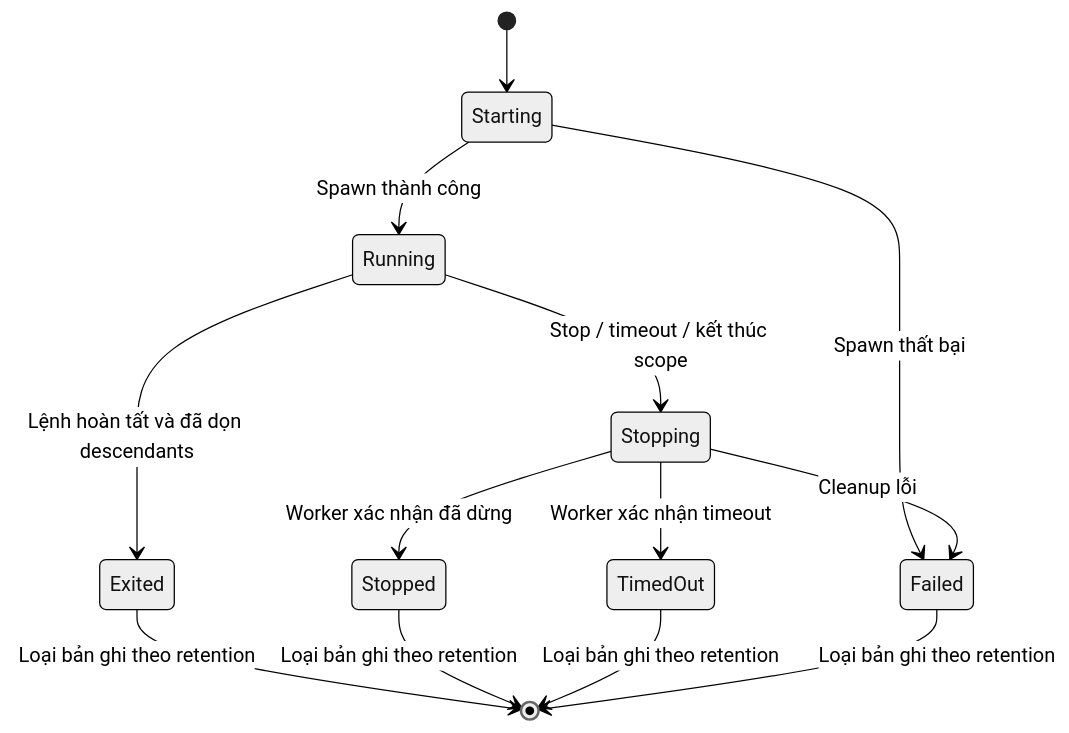
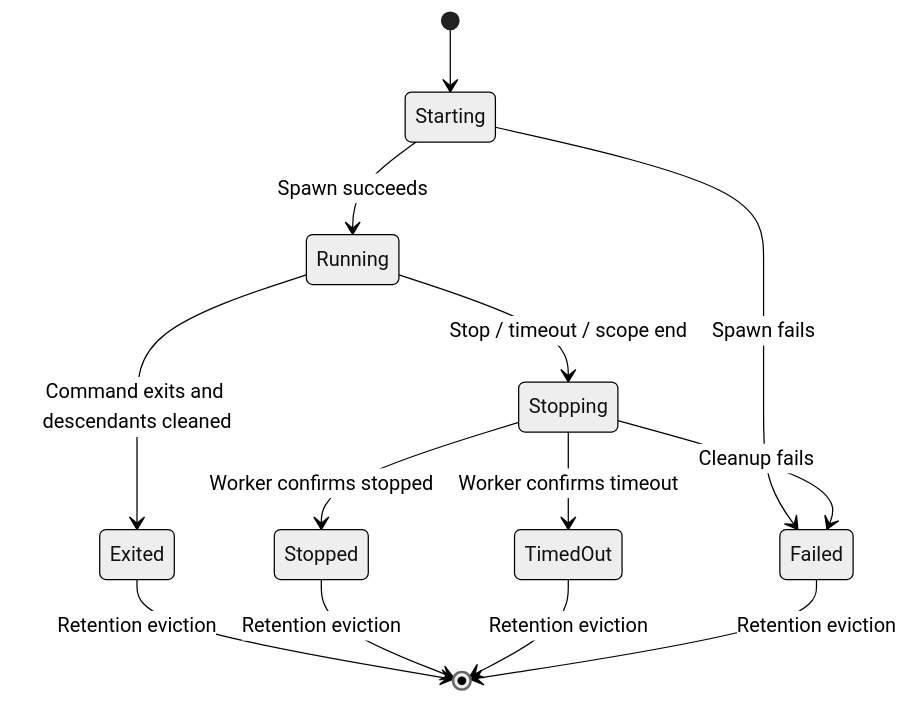
The second of 2 diagrams in docs/architecture/tool-resource-lifecycle.md (noaft/Atlas-agentic), drawn with Mermaid (neutral theme) before and after one commit. The commit also changed other lines of this file and 10 other files, not shown here.

Commit message:
docs: translate references and align hard lazy tool architecture

````diff
--- a/docs/architecture/tool-resource-lifecycle.md
+++ b/docs/architecture/tool-resource-lifecycle.md
@@ -107,15 +111,15 @@
 ```mermaid
 stateDiagram-v2
     [*] --> Starting
-    Starting --> Running: Spawn thành công
-    Starting --> Failed: Spawn thất bại
-    Running --> Stopping: Stop / timeout / kết thúc scope
-    Running --> Exited: Lệnh hoàn tất và đã dọn descendants
-    Stopping --> Stopped: Worker xác nhận đã dừng
-    Stopping --> TimedOut: Worker xác nhận timeout
-    Stopping --> Failed: Cleanup lỗi
-    Exited --> [*]: Loại bản ghi theo retention
-    Stopped --> [*]: Loại bản ghi theo retention
-    TimedOut --> [*]: Loại bản ghi theo retention
-    Failed --> [*]: Loại bản ghi theo retention
+    Starting --> Running: Spawn succeeds
+    Starting --> Failed: Spawn fails
+    Running --> Stopping: Stop / timeout / scope end
+    Running --> Exited: Command exits and descendants cleaned
+    Stopping --> Stopped: Worker confirms stopped
+    Stopping --> TimedOut: Worker confirms timeout
+    Stopping --> Failed: Cleanup fails
+    Exited --> [*]: Retention eviction
+    Stopped --> [*]: Retention eviction
+    TimedOut --> [*]: Retention eviction
+    Failed --> [*]: Retention eviction
 ```
````
